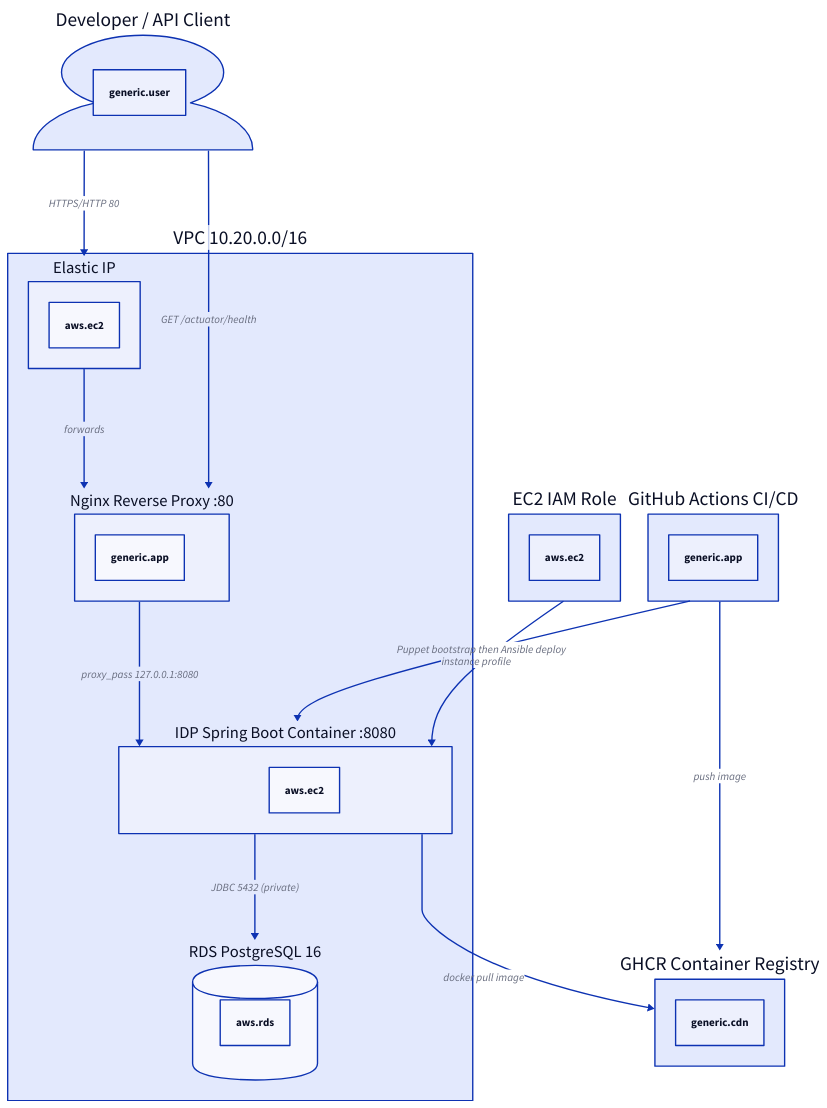
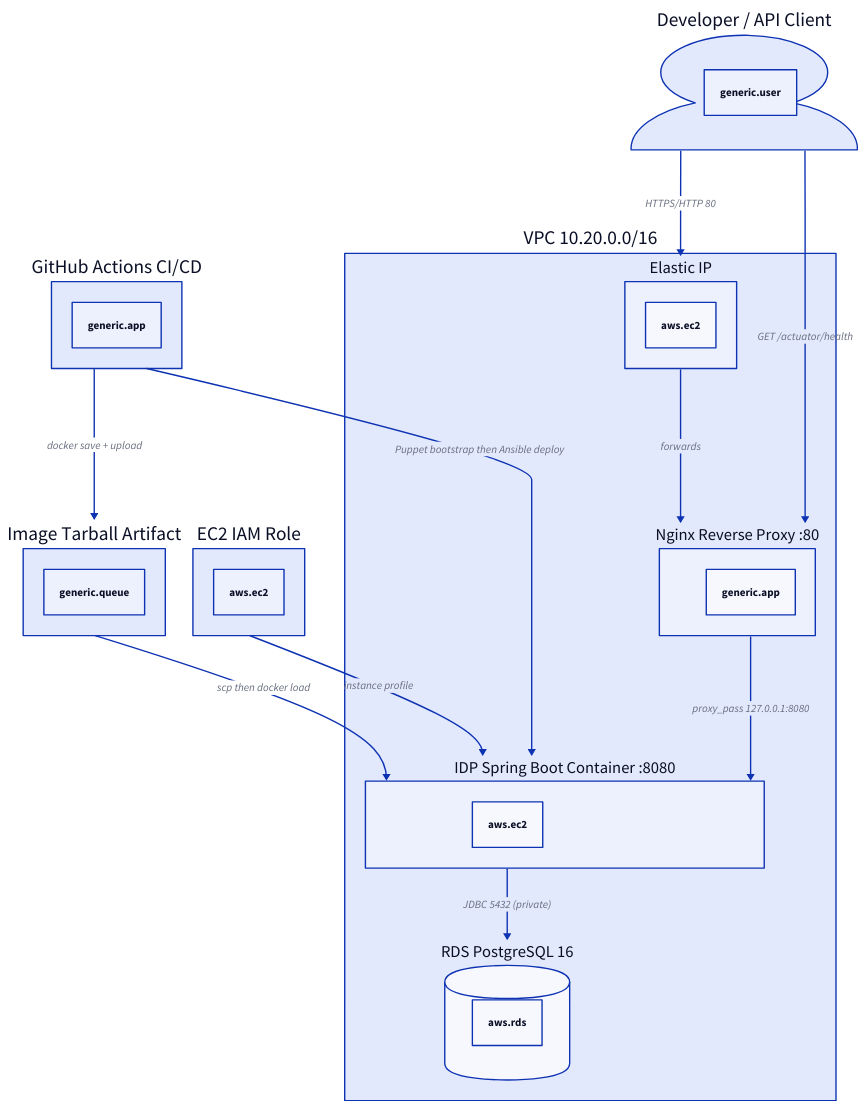
One commit to faizunRBAI/owaspcheck changed the diagram in .udap/architecture.d2. Above: the diagram before and after it, drawn with D2. The commit also changed 7 other files, not shown here.

First line of the commit message:
fix: registry-free image delivery via workflow artifact

```diff
--- a/.udap/architecture.d2
+++ b/.udap/architecture.d2
@@ -1,22 +1,22 @@
 # udap:meta cloud=aws region=us-east-1 target=ec2
 
 developer: Developer / API Client { shape: person; udap-type: generic.user }
-ghcr: GHCR Container Registry { shape: rectangle; udap-type: generic.cdn }
 actions: GitHub Actions CI/CD { shape: rectangle; udap-type: generic.app }
+artifact: Image Tarball Artifact { shape: rectangle; udap-type: generic.queue }
 vpc: VPC 10.20.0.0/16 {
   eip: Elastic IP { shape: rectangle; udap-type: aws.ec2 }
   nginx: Nginx Reverse Proxy :80 { shape: rectangle; udap-type: generic.app }
   app: IDP Spring Boot Container :8080 { shape: rectangle; udap-type: aws.ec2 }
   db: RDS PostgreSQL 16 { shape: cylinder; udap-type: aws.rds }
 }
 iam: EC2 IAM Role { shape: rectangle; udap-type: aws.ec2 }
 
 developer -> vpc.eip: HTTPS/HTTP 80
 vpc.eip -> vpc.nginx: forwards
 vpc.nginx -> vpc.app: proxy_pass 127.0.0.1:8080
 vpc.app -> vpc.db: JDBC 5432 (private)
-actions -> ghcr: push image
+actions -> artifact: docker save + upload
+artifact -> vpc.app: scp then docker load
 actions -> vpc.app: Puppet bootstrap then Ansible deploy
-vpc.app -> ghcr: docker pull image
 iam -> vpc.app: instance profile
 developer -> vpc.nginx: GET /actuator/health
```
